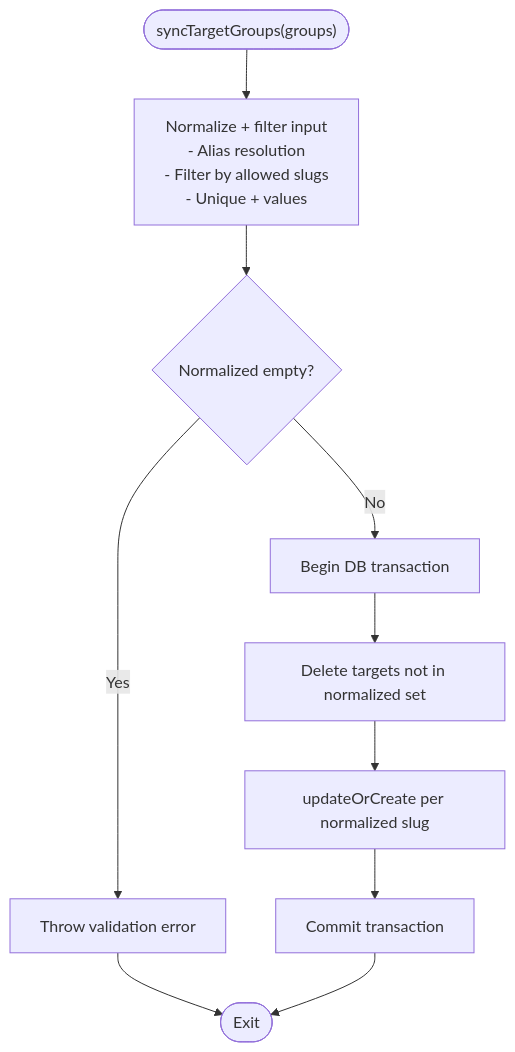
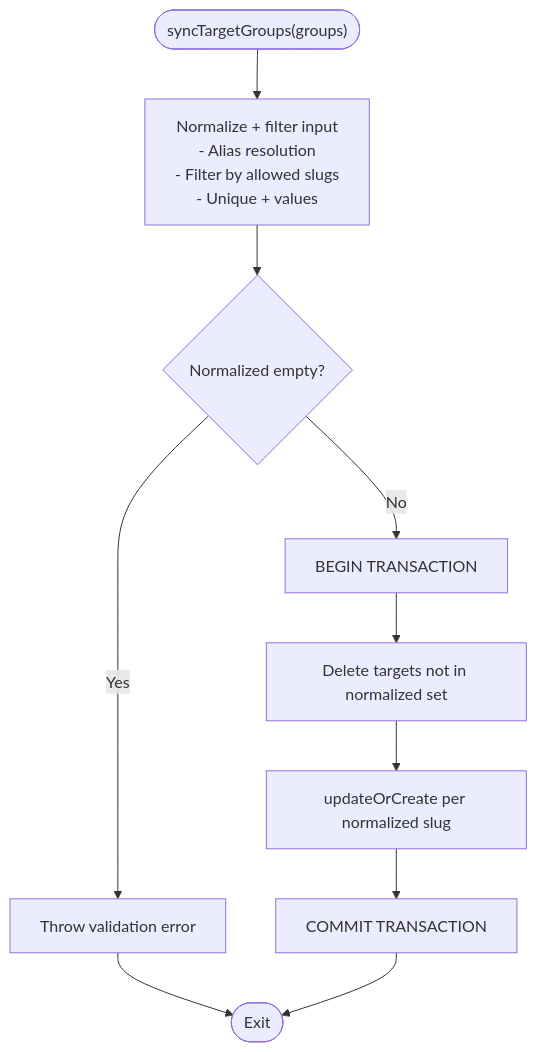
Before and after one commit to rudicatsmile/assesment360: the third of 6 diagrams in .qoder/repowiki/en/content/Core Features/Questionnaire Management/Target Group Assignment.md, drawn with Mermaid. The commit also changed other lines of this file and 6 other files, not shown here.

````diff
--- a/.qoder/repowiki/en/content/Core Features/Questionnaire Management/Target Group Assignment.md
+++ b/.qoder/repowiki/en/content/Core Features/Questionnaire Management/Target Group Assignment.md
@@ -158,12 +180,12 @@
 ```mermaid
 flowchart TD
 Start(["syncTargetGroups(groups)"]) --> Normalize["Normalize + filter input<br/>- Alias resolution<br/>- Filter by allowed slugs<br/>- Unique + values"]
 Normalize --> EmptyCheck{"Normalized empty?"}
 EmptyCheck --> |Yes| ThrowErr["Throw validation error"]
-EmptyCheck --> |No| Txn["Begin DB transaction"]
+EmptyCheck --> |No| Txn["BEGIN TRANSACTION"]
 Txn --> Delete["Delete targets not in normalized set"]
 Delete --> Upsert["updateOrCreate per normalized slug"]
-Upsert --> Commit["Commit transaction"]
+Upsert --> Commit["COMMIT TRANSACTION"]
 ThrowErr --> End(["Exit"])
 Commit --> End
 ```
````
